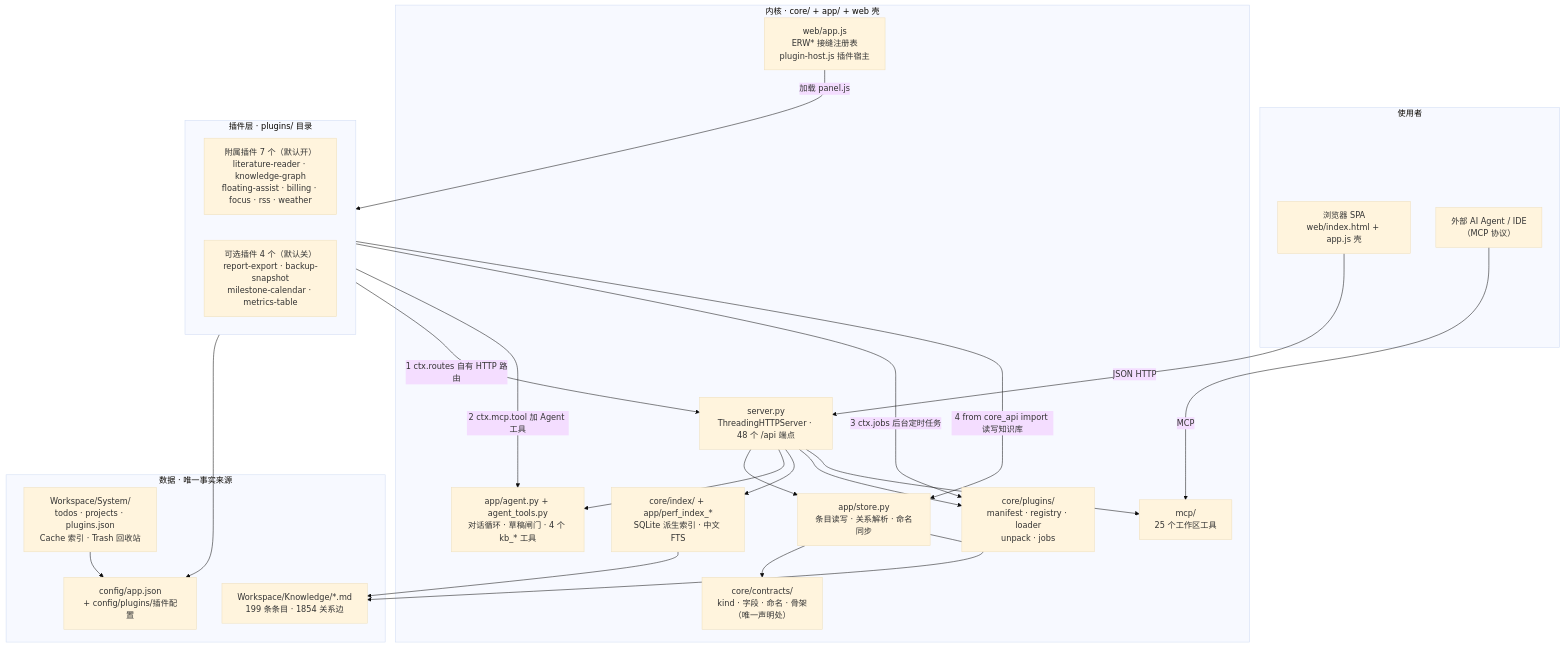
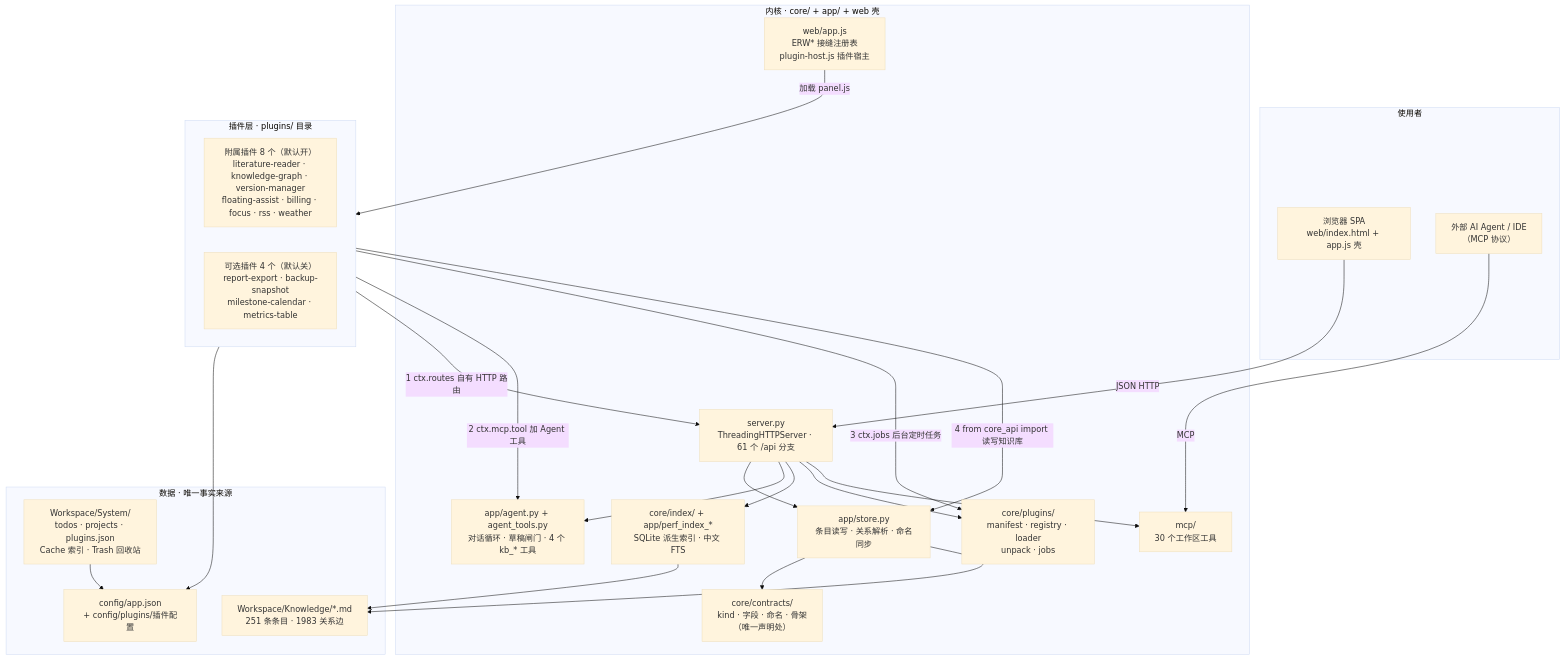
The first of 3 diagrams in docs/OVERVIEW.md (Moxise/engineering-research-workbench), drawn with Mermaid (base theme) before and after one commit. The commit also changed other lines of this file and 52 other files, not shown here.

````diff
--- a/docs/OVERVIEW.md
+++ b/docs/OVERVIEW.md
@@ -26,47 +26,47 @@
 ```mermaid
 flowchart TB
   subgraph U["使用者"]
     B["浏览器 SPA<br/>web/index.html + app.js 壳"]
     A["外部 AI Agent / IDE<br/>（MCP 协议）"]
   end
 
   subgraph K["内核 · core/ + app/ + web 壳"]
-    SV["server.py<br/>ThreadingHTTPServer · 48 个 /api 端点"]
+    SV["server.py<br/>ThreadingHTTPServer · 61 个 /api 分支"]
     CON["core/contracts/<br/>kind · 字段 · 命名 · 骨架<br/>（唯一声明处）"]
     IDX["core/index/ + app/perf_index_*<br/>SQLite 派生索引 · 中文 FTS"]
     ST["app/store.py<br/>条目读写 · 关系解析 · 命名同步"]
     AG["app/agent.py + agent_tools.py<br/>对话循环 · 草稿闸门 · 4 个 kb_* 工具"]
     PR["core/plugins/<br/>manifest · registry · loader<br/>unpack · jobs"]
     WK["web/app.js<br/>ERW* 接缝注册表<br/>plugin-host.js 插件宿主"]
-    MCPS["mcp/<br/>25 个工作区工具"]
+    MCPS["mcp/<br/>30 个工作区工具"]
   end
 
   subgraph P["插件层 · plugins/ 目录"]
-    P1["附属插件 7 个（默认开）<br/>literature-reader · knowledge-graph<br/>floating-assist · billing · focus · rss · weather"]
+    P1["附属插件 8 个（默认开）<br/>literature-reader · knowledge-graph · version-manager<br/>floating-assist · billing · focus · rss · weather"]
     P2["可选插件 4 个（默认关）<br/>report-export · backup-snapshot<br/>milestone-calendar · metrics-table"]
   end
 
   subgraph D["数据 · 唯一事实来源"]
-    MD["Workspace/Knowledge/*.md<br/>199 条条目 · 1854 关系边"]
+    MD["Workspace/Knowledge/*.md<br/>251 条条目 · 1983 关系边"]
     SYS["Workspace/System/<br/>todos · projects · plugins.json<br/>Cache 索引 · Trash 回收站"]
     CFG["config/app.json<br/>+ config/plugins/插件配置"]
   end
 
   B -->|JSON HTTP| SV
   A -->|MCP| MCPS
   SV --> ST
   SV --> AG
   SV --> IDX
   SV --> PR
   SV --> MCPS
   ST --> CON
   ST --> MD
   IDX --> MD
   WK -->|加载 panel.js| P
   P -->|1 ctx.routes 自有 HTTP 路由| SV
   P -->|2 ctx.mcp.tool 加 Agent 工具| AG
   P -->|3 ctx.jobs 后台定时任务| PR
   P -->|4 from core_api import 读写知识库| ST
   P --> CFG
   SYS --> CFG
 ```
````
